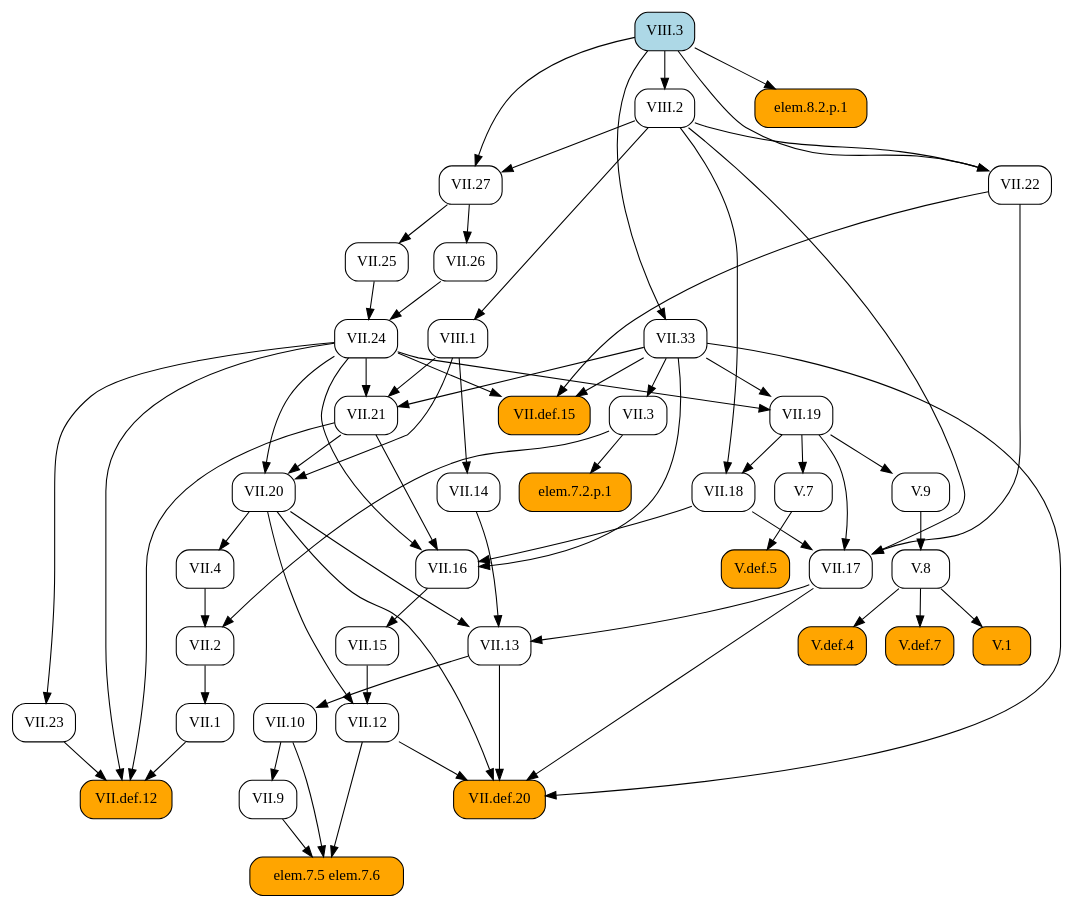
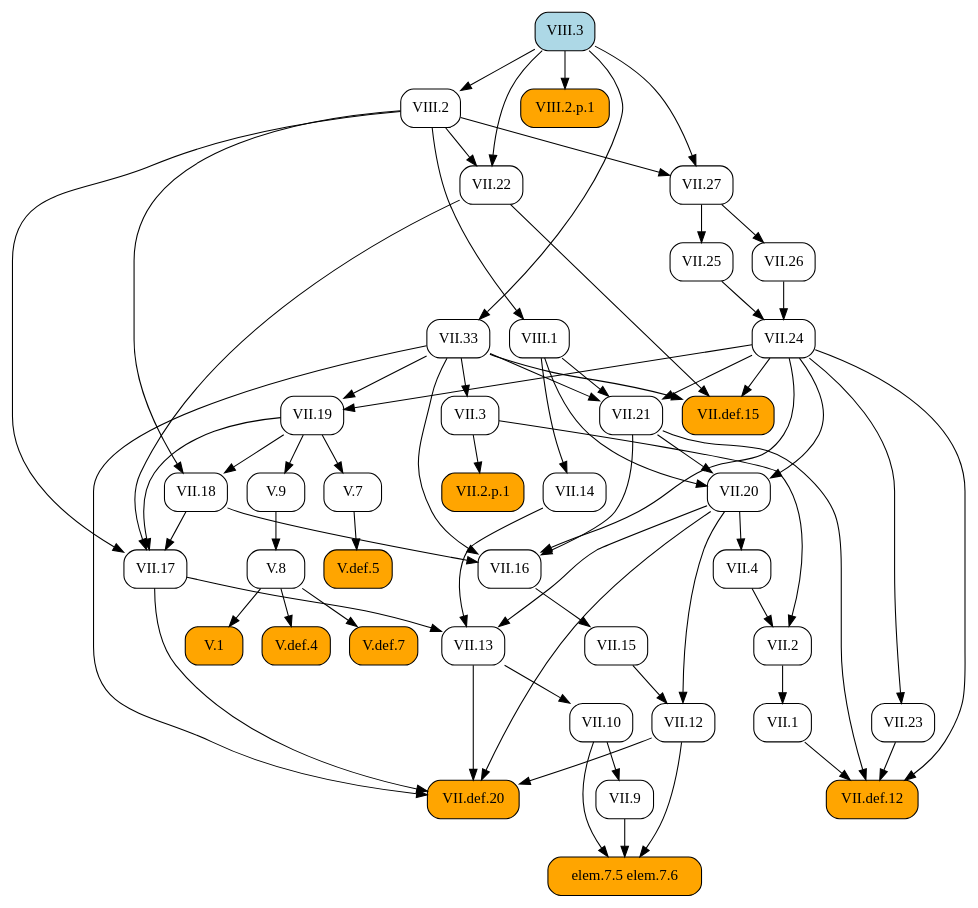
Before and after one commit to geometor/elements: the diagram in docsrc/heath/VIII/3/index.rst, drawn with Graphviz. The commit also changed other lines of this file and 484 other files, not shown here.

```diff
--- a/docsrc/heath/VIII/3/index.rst
+++ b/docsrc/heath/VIII/3/index.rst
@@ -42,111 +42,111 @@
    digraph {
      rankdir="TB";
      node [shape=box, style=rounded];
-     "VII.1" [URL="/heath/VII/1/", target="_top"];
+     "VII.33" [URL="/heath/VII/33/", target="_top"];
+     "VII.12" [URL="/heath/VII/12/", target="_top"];
+     "elem.7.5 elem.7.6" [style="rounded,filled", fillcolor=orange];
      "VII.9" [URL="/heath/VII/9/", target="_top"];
-     "V.def.5" [style="rounded,filled", fillcolor=orange, URL="/heath/V/def.5/", target="_top"];
-     "VII.3" [URL="/heath/VII/3/", target="_top"];
-     "VII.17" [URL="/heath/VII/17/", target="_top"];
-     "elem.7.5 elem.7.6" [style="rounded,filled", fillcolor=orange];
-     "V.7" [URL="/heath/V/7/", target="_top"];
-     "V.9" [URL="/heath/V/9/", target="_top"];
-     "VII.13" [URL="/heath/VII/13/", target="_top"];
-     "VII.2" [URL="/heath/VII/2/", target="_top"];
-     "VIII.1" [URL="/heath/VIII/1/", target="_top"];
      "VIII.2" [URL="/heath/VIII/2/", target="_top"];
-     "VII.12" [URL="/heath/VII/12/", target="_top"];
-     "VII.24" [URL="/heath/VII/24/", target="_top"];
-     "VII.def.12" [style="rounded,filled", fillcolor=orange, URL="/heath/VII/def.12/", target="_top"];
-     "V.8" [URL="/heath/V/8/", target="_top"];
-     "VII.33" [URL="/heath/VII/33/", target="_top"];
-     "elem.7.2.p.1" [style="rounded,filled", fillcolor=orange];
-     "VII.10" [URL="/heath/VII/10/", target="_top"];
-     "VII.def.15" [style="rounded,filled", fillcolor=orange, URL="/heath/VII/def.15/", target="_top"];
-     "VII.19" [URL="/heath/VII/19/", target="_top"];
      "VII.18" [URL="/heath/VII/18/", target="_top"];
      "VII.16" [URL="/heath/VII/16/", target="_top"];
+     "V.7" [URL="/heath/V/7/", target="_top"];
      "VII.26" [URL="/heath/VII/26/", target="_top"];
-     "VII.4" [URL="/heath/VII/4/", target="_top"];
-     "VII.25" [URL="/heath/VII/25/", target="_top"];
-     "VII.21" [URL="/heath/VII/21/", target="_top"];
-     "V.1" [style="rounded,filled", fillcolor=orange, URL="/heath/V/1/", target="_top"];
-     "VII.20" [URL="/heath/VII/20/", target="_top"];
+     "V.def.5" [style="rounded,filled", fillcolor=orange, URL="/heath/V/def.5/", target="_top"];
+     "V.9" [URL="/heath/V/9/", target="_top"];
+     "VII.10" [URL="/heath/VII/10/", target="_top"];
+     "VIII.3" [style="rounded,filled", fillcolor=lightblue, URL="/heath/VIII/3/", target="_top"];
+     "VII.13" [URL="/heath/VII/13/", target="_top"];
+     "VII.def.15" [style="rounded,filled", fillcolor=orange, URL="/heath/VII/def.15/", target="_top"];
+     "VII.17" [URL="/heath/VII/17/", target="_top"];
+     "VIII.2.p.1" [style="rounded,filled", fillcolor=orange];
+     "VII.19" [URL="/heath/VII/19/", target="_top"];
+     "VII.2" [URL="/heath/VII/2/", target="_top"];
+     "VII.def.20" [style="rounded,filled", fillcolor=orange, URL="/heath/VII/def.20/", target="_top"];
+     "VII.2.p.1" [style="rounded,filled", fillcolor=orange];
+     "VII.15" [URL="/heath/VII/15/", target="_top"];
+     "V.def.4" [style="rounded,filled", fillcolor=orange, URL="/heath/V/def.4/", target="_top"];
+     "V.def.7" [style="rounded,filled", fillcolor=orange, URL="/heath/V/def.7/", target="_top"];
      "VII.14" [URL="/heath/VII/14/", target="_top"];
      "VII.27" [URL="/heath/VII/27/", target="_top"];
-     "V.def.4" [style="rounded,filled", fillcolor=orange, URL="/heath/V/def.4/", target="_top"];
-     "VIII.3" [style="rounded,filled", fillcolor=lightblue, URL="/heath/VIII/3/", target="_top"];
+     "VII.21" [URL="/heath/VII/21/", target="_top"];
      "VII.22" [URL="/heath/VII/22/", target="_top"];
-     "V.def.7" [style="rounded,filled", fillcolor=orange, URL="/heath/V/def.7/", target="_top"];
+     "VII.25" [URL="/heath/VII/25/", target="_top"];
+     "VIII.1" [URL="/heath/VIII/1/", target="_top"];
+     "VII.1" [URL="/heath/VII/1/", target="_top"];
+     "V.8" [URL="/heath/V/8/", target="_top"];
      "VII.23" [URL="/heath/VII/23/", target="_top"];
-     "VII.15" [URL="/heath/VII/15/", target="_top"];
-     "VII.def.20" [style="rounded,filled", fillcolor=orange, URL="/heath/VII/def.20/", target="_top"];
-     "elem.8.2.p.1" [style="rounded,filled", fillcolor=orange];
-     "VII.2" -> "VII.1";
-     "VII.10" -> "VII.9";
-     "V.7" -> "V.def.5";
-     "VII.33" -> "VII.3";
-     "VII.18" -> "VII.17";
-     "VII.19" -> "VII.17";
-     "VII.22" -> "VII.17";
-     "VIII.2" -> "VII.17";
+     "VII.4" [URL="/heath/VII/4/", target="_top"];
+     "VII.def.12" [style="rounded,filled", fillcolor=orange, URL="/heath/VII/def.12/", target="_top"];
+     "V.1" [style="rounded,filled", fillcolor=orange, URL="/heath/V/1/", target="_top"];
+     "VII.3" [URL="/heath/VII/3/", target="_top"];
+     "VII.24" [URL="/heath/VII/24/", target="_top"];
+     "VII.20" [URL="/heath/VII/20/", target="_top"];
+     "VIII.3" -> "VII.33";
+     "VII.15" -> "VII.12";
+     "VII.20" -> "VII.12";
      "VII.9" -> "elem.7.5 elem.7.6";
      "VII.10" -> "elem.7.5 elem.7.6";
      "VII.12" -> "elem.7.5 elem.7.6";
-     "VII.19" -> "V.7";
-     "VII.19" -> "V.9";
-     "VII.14" -> "VII.13";
-     "VII.17" -> "VII.13";
-     "VII.20" -> "VII.13";
-     "VII.3" -> "VII.2";
-     "VII.4" -> "VII.2";
-     "VIII.2" -> "VIII.1";
+     "VII.10" -> "VII.9";
      "VIII.3" -> "VIII.2";
-     "VII.15" -> "VII.12";
-     "VII.20" -> "VII.12";
-     "VII.25" -> "VII.24";
-     "VII.26" -> "VII.24";
-     "VII.1" -> "VII.def.12";
-     "VII.21" -> "VII.def.12";
-     "VII.23" -> "VII.def.12";
-     "VII.24" -> "VII.def.12";
-     "V.9" -> "V.8";
-     "VIII.3" -> "VII.33";
-     "VII.3" -> "elem.7.2.p.1";
-     "VII.13" -> "VII.10";
-     "VII.22" -> "VII.def.15";
-     "VII.24" -> "VII.def.15";
-     "VII.33" -> "VII.def.15";
-     "VII.24" -> "VII.19";
-     "VII.33" -> "VII.19";
      "VII.19" -> "VII.18";
      "VIII.2" -> "VII.18";
      "VII.18" -> "VII.16";
      "VII.21" -> "VII.16";
      "VII.24" -> "VII.16";
      "VII.33" -> "VII.16";
+     "VII.19" -> "V.7";
      "VII.27" -> "VII.26";
-     "VII.20" -> "VII.4";
-     "VII.27" -> "VII.25";
-     "VII.24" -> "VII.21";
-     "VII.33" -> "VII.21";
-     "VIII.1" -> "VII.21";
-     "V.8" -> "V.1";
-     "VII.21" -> "VII.20";
-     "VII.24" -> "VII.20";
-     "VIII.1" -> "VII.20";
-     "VIII.1" -> "VII.14";
-     "VIII.2" -> "VII.27";
-     "VIII.3" -> "VII.27";
-     "V.8" -> "V.def.4";
-     "VIII.2" -> "VII.22";
-     "VIII.3" -> "VII.22";
-     "V.8" -> "V.def.7";
-     "VII.24" -> "VII.23";
-     "VII.16" -> "VII.15";
+     "V.7" -> "V.def.5";
+     "VII.19" -> "V.9";
+     "VII.13" -> "VII.10";
+     "VII.14" -> "VII.13";
+     "VII.17" -> "VII.13";
+     "VII.20" -> "VII.13";
+     "VII.22" -> "VII.def.15";
+     "VII.24" -> "VII.def.15";
+     "VII.33" -> "VII.def.15";
+     "VII.18" -> "VII.17";
+     "VII.19" -> "VII.17";
+     "VII.22" -> "VII.17";
+     "VIII.2" -> "VII.17";
+     "VIII.3" -> "VIII.2.p.1";
+     "VII.24" -> "VII.19";
+     "VII.33" -> "VII.19";
+     "VII.3" -> "VII.2";
+     "VII.4" -> "VII.2";
      "VII.12" -> "VII.def.20";
      "VII.13" -> "VII.def.20";
      "VII.17" -> "VII.def.20";
      "VII.20" -> "VII.def.20";
      "VII.33" -> "VII.def.20";
-     "VIII.3" -> "elem.8.2.p.1";
+     "VII.3" -> "VII.2.p.1";
+     "VII.16" -> "VII.15";
+     "V.8" -> "V.def.4";
+     "V.8" -> "V.def.7";
+     "VIII.1" -> "VII.14";
+     "VIII.2" -> "VII.27";
+     "VIII.3" -> "VII.27";
+     "VII.24" -> "VII.21";
+     "VII.33" -> "VII.21";
+     "VIII.1" -> "VII.21";
+     "VIII.2" -> "VII.22";
+     "VIII.3" -> "VII.22";
+     "VII.27" -> "VII.25";
+     "VIII.2" -> "VIII.1";
+     "VII.2" -> "VII.1";
+     "V.9" -> "V.8";
+     "VII.24" -> "VII.23";
+     "VII.20" -> "VII.4";
+     "VII.1" -> "VII.def.12";
+     "VII.21" -> "VII.def.12";
+     "VII.23" -> "VII.def.12";
+     "VII.24" -> "VII.def.12";
+     "V.8" -> "V.1";
+     "VII.33" -> "VII.3";
+     "VII.25" -> "VII.24";
+     "VII.26" -> "VII.24";
+     "VII.21" -> "VII.20";
+     "VII.24" -> "VII.20";
+     "VIII.1" -> "VII.20";
    }
```
